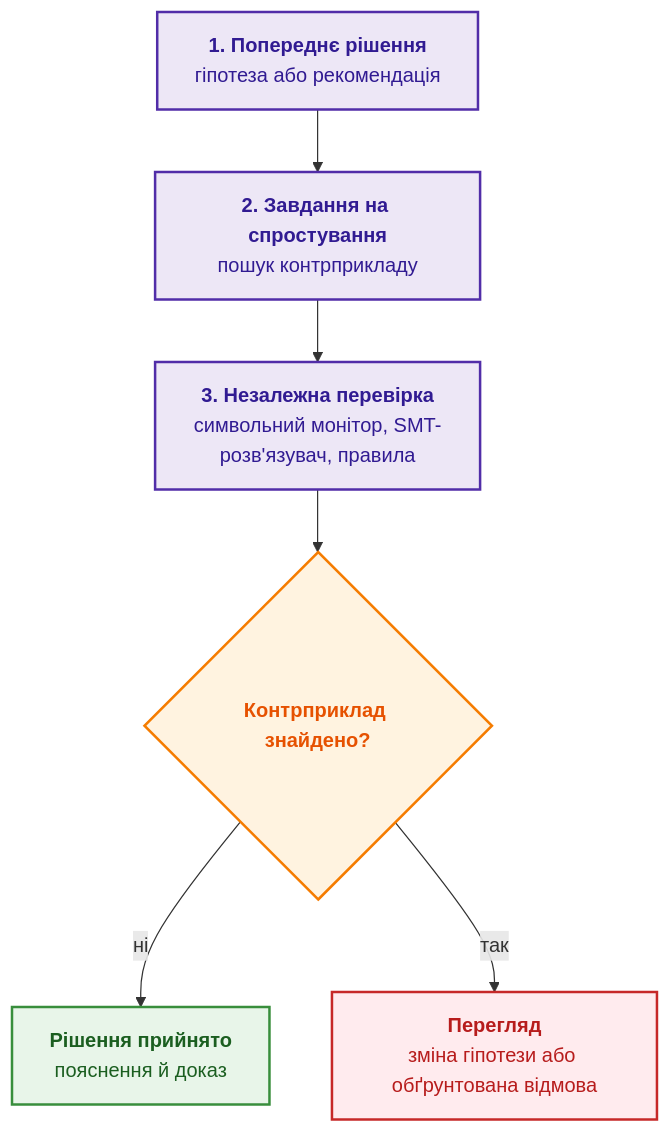
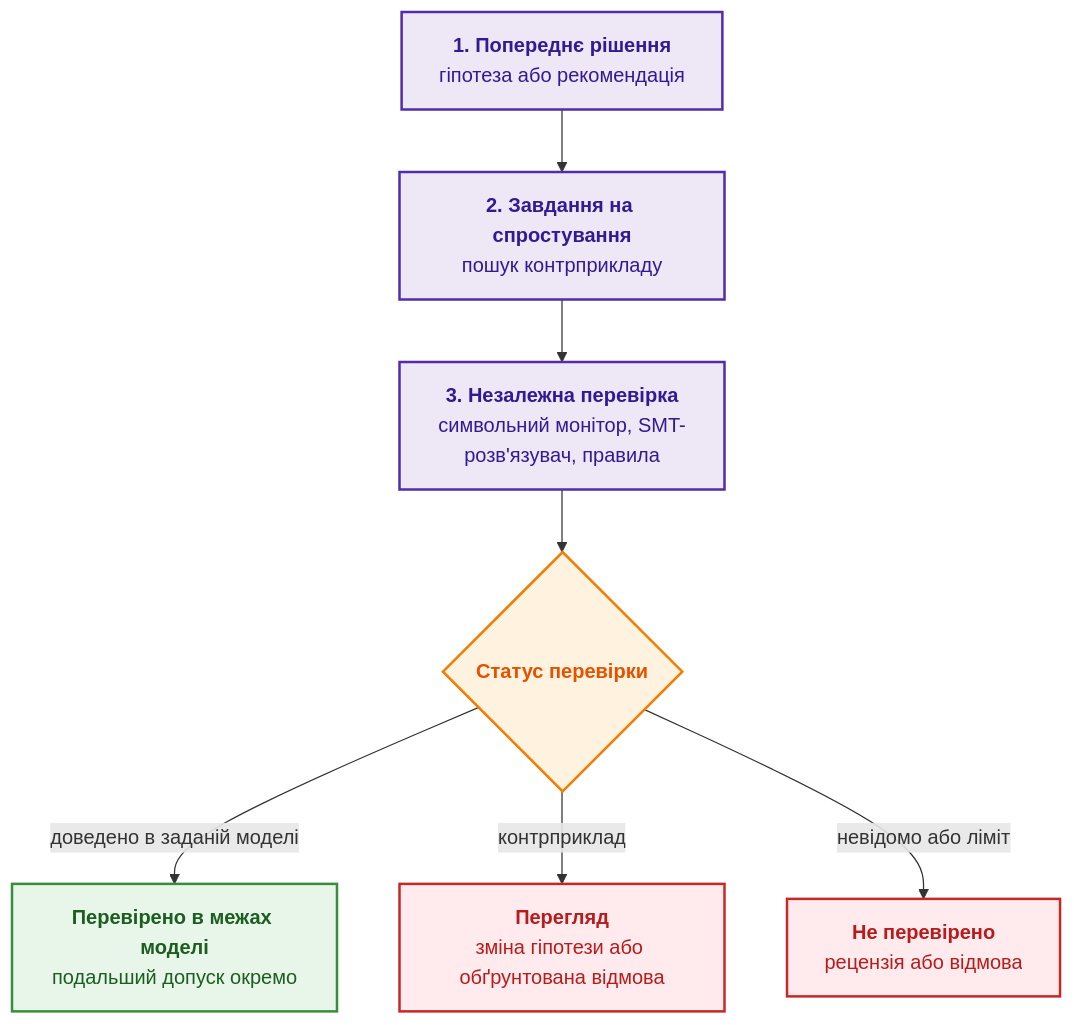
Before and after one commit to nick-fedchik/articles: the fifth of 6 diagrams in ExpertSystem/ch20-explanation-engine.md, drawn with Mermaid. The commit also changed other lines of this file and 16 other files, not shown here.

````diff
--- a/ExpertSystem/ch20-explanation-engine.md
+++ b/ExpertSystem/ch20-explanation-engine.md
@@ -401,21 +472,22 @@
 ```mermaid
 flowchart TD
     accTitle: Цикл самоперевірки експертної системи
     accDescr: Попереднє рішення породжує завдання на пошук контрприкладу, незалежний символьний механізм перевіряє його, і лише узгоджений результат стає рішенням, а суперечність веде до перегляду або відмови.
 
     Hyp["<b>1. Попереднє рішення</b><br/>гіпотеза або рекомендація"] --> Task["<b>2. Завдання на спростування</b><br/>пошук контрприкладу"]
     Task --> Indep["<b>3. Незалежна перевірка</b><br/>символьний монітор, SMT-розв'язувач, правила"]
-    Indep --> Comp{"<b>Контрприклад знайдено?</b>"}
-    Comp -->|ні| Accept["<b>Рішення прийнято</b><br/>пояснення й доказ"]
-    Comp -->|так| Revise["<b>Перегляд</b><br/>зміна гіпотези або обґрунтована відмова"]
+    Indep --> Comp{"<b>Статус перевірки</b>"}
+    Comp -->|доведено в заданій моделі| Accept["<b>Перевірено в межах моделі</b><br/>подальший допуск окремо"]
+    Comp -->|контрприклад| Revise["<b>Перегляд</b><br/>зміна гіпотези або обґрунтована відмова"]
+    Comp -->|невідомо або ліміт| Unverified["<b>Не перевірено</b><br/>рецензія або відмова"]
 
     classDef proc fill:#ede7f6,stroke:#512da8,stroke-width:2px,color:#311b92;
     classDef gate fill:#fff3e0,stroke:#f57c00,stroke-width:2px,color:#e65100;
     classDef ok fill:#e8f5e9,stroke:#388e3c,stroke-width:2px,color:#1b5e20;
     classDef err fill:#ffebee,stroke:#c62828,stroke-width:2px,color:#b71c1c;
 
     class Hyp,Task,Indep proc;
     class Comp gate;
     class Accept ok;
-    class Revise err;
+    class Revise,Unverified err;
 ```
````
